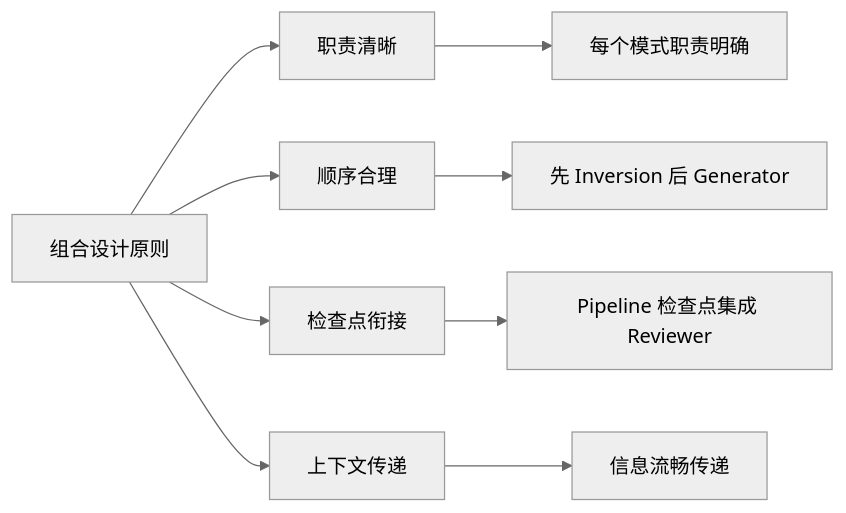
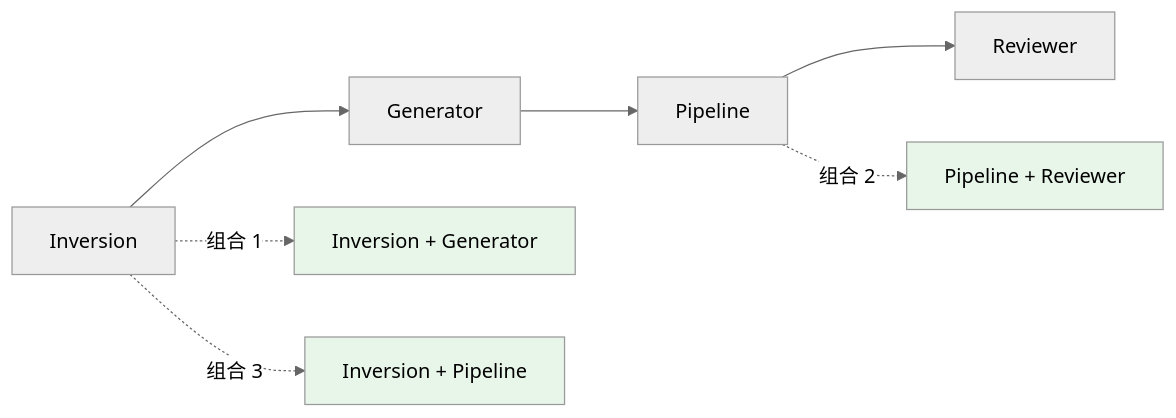
One commit to JackSmith111977/Knowledge-Base changed the sixth of 6 diagrams in Tech/AI/SKILL/Google 5 种设计模式核心知识体系.md. Above: the diagram before and after it, drawn with Mermaid (neutral theme). The commit also changed other lines of this file and 10 other files, not shown here.

````diff
--- a/Tech/AI/SKILL/Google 5 种设计模式核心知识体系.md
+++ b/Tech/AI/SKILL/Google 5 种设计模式核心知识体系.md
@@ -1321,12 +1411,14 @@
 ```mermaid
-graph LR
-    A[组合设计原则] --> B1[职责清晰]
-    A --> B2[顺序合理]
-    A --> B3[检查点衔接]
-    A --> B4[上下文传递]
+flowchart LR
+    A[Inversion] --> B[Generator]
+    B --> C[Pipeline]
+    C --> D[Reviewer]
     
-    B1 --> C1[每个模式职责明确]
-    B2 --> C2[先 Inversion 后 Generator]
-    B3 --> C3[Pipeline 检查点集成 Reviewer]
-    B4 --> D[信息流畅传递]
+    A -.->|组合 1| E[Inversion + Generator]
+    C -.->|组合 2| F[Pipeline + Reviewer]
+    A -.->|组合 3| G[Inversion + Pipeline]
+    
+    style E fill:#e8f5e9
+    style F fill:#e8f5e9
+    style G fill:#e8f5e9
 ```
````
